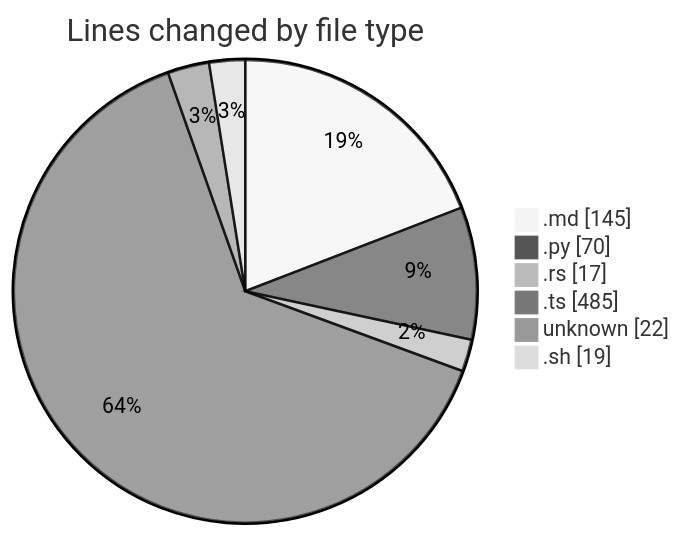
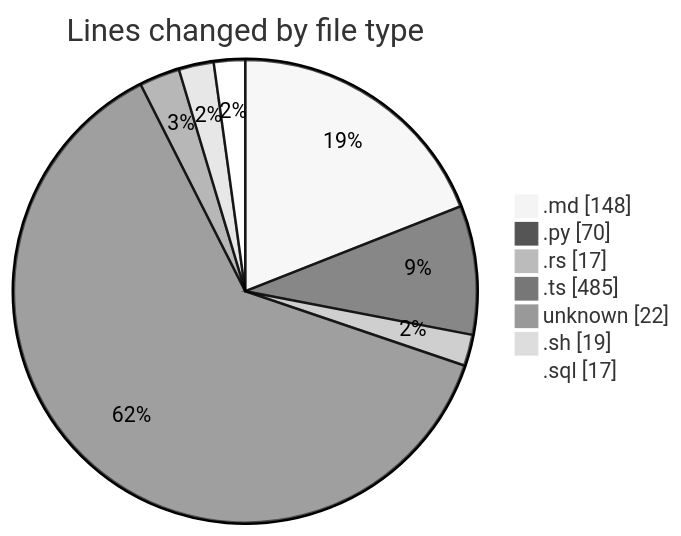
The first of 2 diagrams in repositories/2024-12-28/leetcode-solutions/README.md (ernivani/code-tracking), drawn with Mermaid (neutral theme) before and after one commit. The commit also changed other lines of this file and 1 other file, not shown here.

````diff
--- a/repositories/2024-12-28/leetcode-solutions/README.md
+++ b/repositories/2024-12-28/leetcode-solutions/README.md
@@ -40,10 +43,11 @@
 ```mermaid
 pie showData
 title Lines changed by file type
-".md" : 145
+".md" : 148
 ".py" : 70
 ".rs" : 17
 ".ts" : 485
 "unknown" : 22
 ".sh" : 19
+".sql" : 17
 ```
````
